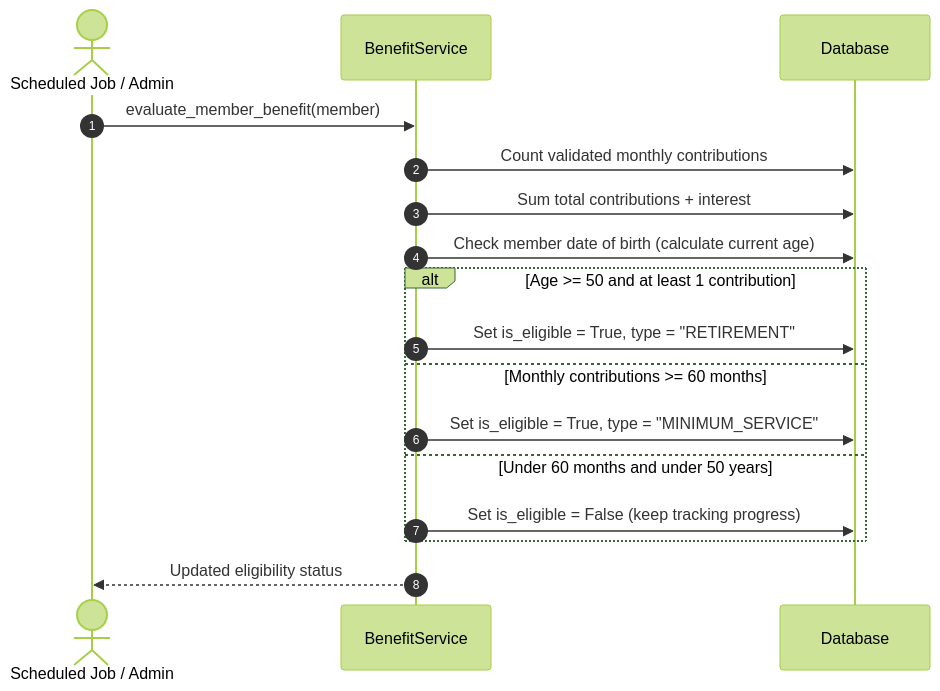
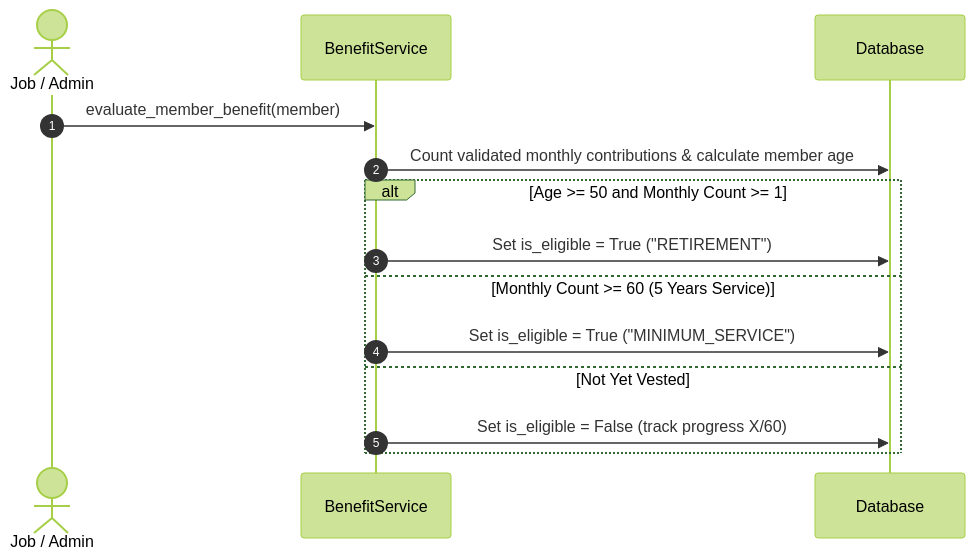
Before and after one commit to victorquadri123/pension-contribution-management-system: the sixth of 7 diagrams in SYSTEM_DESIGN.md, drawn with Mermaid (forest theme). The commit also changed other lines of this file, not shown here.

Commit message:
docs: streamline system design notes for concise review

````diff
--- a/SYSTEM_DESIGN.md
+++ b/SYSTEM_DESIGN.md
@@ -236,21 +153,17 @@
 ```mermaid
 sequenceDiagram
     autonumber
-    actor System as Scheduled Job / Admin
-    participant Service as BenefitService
+    actor System as Job / Admin
+    participant Svc as BenefitService
     participant DB as Database
 
-    System->>Service: evaluate_member_benefit(member)
-    Service->>DB: Count validated monthly contributions
-    Service->>DB: Sum total contributions + interest
-    Service->>DB: Check member date of birth (calculate current age)
-
-    alt Age >= 50 and at least 1 contribution
-        Service->>DB: Set is_eligible = True, type = "RETIREMENT"
-    else Monthly contributions >= 60 months
-        Service->>DB: Set is_eligible = True, type = "MINIMUM_SERVICE"
-    else Under 60 months and under 50 years
-        Service->>DB: Set is_eligible = False (keep tracking progress)
+    System->>Svc: evaluate_member_benefit(member)
+    Svc->>DB: Count validated monthly contributions & calculate member age
+    alt Age >= 50 and Monthly Count >= 1
+        Svc->>DB: Set is_eligible = True ("RETIREMENT")
+    else Monthly Count >= 60 (5 Years Service)
+        Svc->>DB: Set is_eligible = True ("MINIMUM_SERVICE")
+    else Not Yet Vested
+        Svc->>DB: Set is_eligible = False (track progress X/60)
     end
-    Service-->>System: Updated eligibility status
 ```
````
